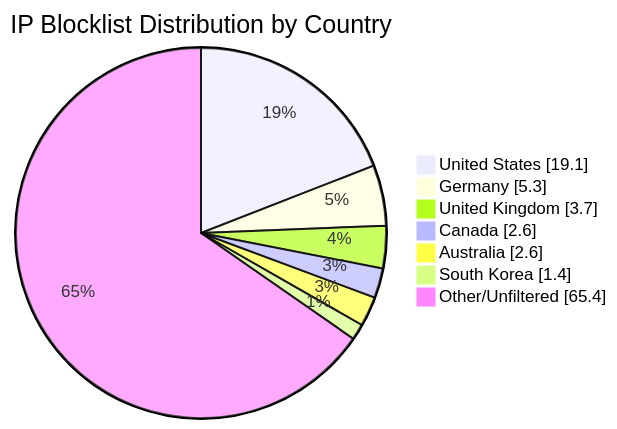
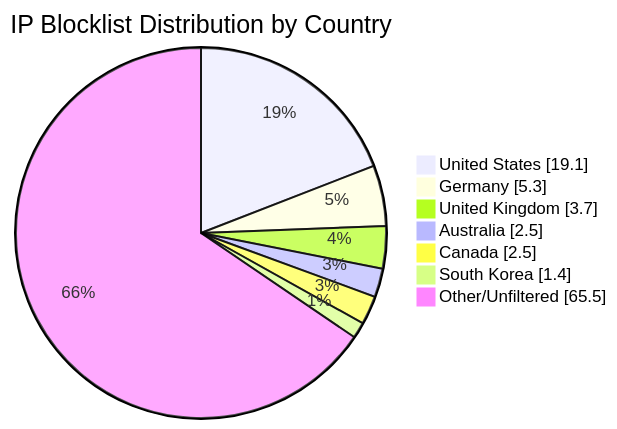
Before and after one commit to MarcusHoltz/ipblocklist-geofiltered-aggregator: the diagram in README.md, drawn with Mermaid. The commit also changed other lines of this file and 9 other files, not shown here.

````diff
--- a/README.md
+++ b/README.md
@@ -34,10 +34,10 @@
 ```mermaid
 pie showData title IP Blocklist Distribution by Country
 "United States" : 19.1
 "Germany" : 5.3
 "United Kingdom" : 3.7
-"Canada" : 2.6
-"Australia" : 2.6
+"Australia" : 2.5
+"Canada" : 2.5
 "South Korea" : 1.4
-"Other/Unfiltered" : 65.4
+"Other/Unfiltered" : 65.5
 ```
````
